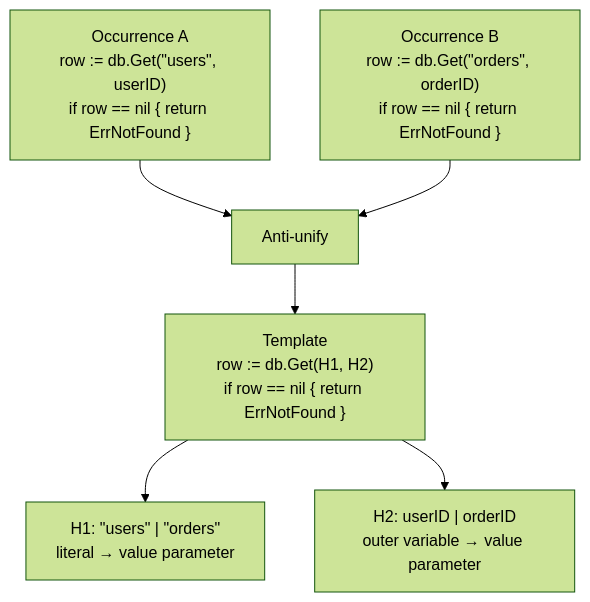
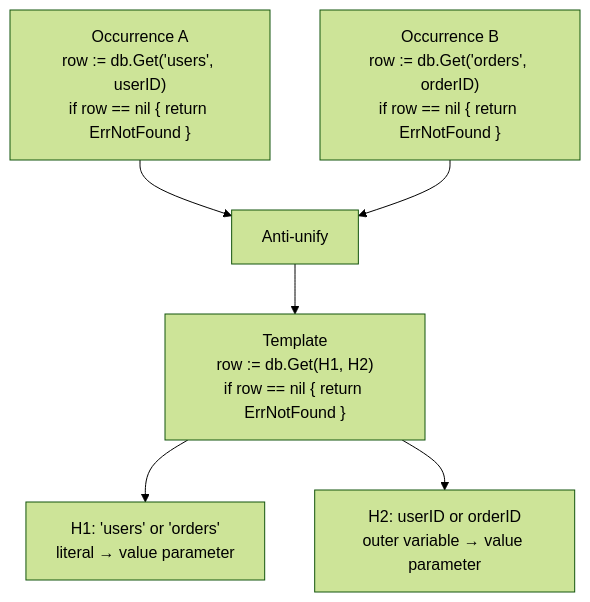
Before and after one commit to heikki-laitala/ddslop: the fifth of 9 diagrams in docs/architecture.md, drawn with Mermaid (forest theme).

Commit message:
docs: fix the anti-unification diagram for GitHub
GitHub decodes &quot; to a quote before Mermaid parses the diagram, so
the label string ended early (Parse error on line 2). The example values
use single quotes and the labels say "or" instead of "|".

````diff
--- a/docs/architecture.md
+++ b/docs/architecture.md
@@ -481,10 +481,10 @@
 ```mermaid
 flowchart TB
-    a["Occurrence A<br/>row := db.Get(&quot;users&quot;, userID)<br/>if row == nil { return ErrNotFound }"]
-    b["Occurrence B<br/>row := db.Get(&quot;orders&quot;, orderID)<br/>if row == nil { return ErrNotFound }"]
+    a["Occurrence A<br/>row := db.Get('users', userID)<br/>if row == nil { return ErrNotFound }"]
+    b["Occurrence B<br/>row := db.Get('orders', orderID)<br/>if row == nil { return ErrNotFound }"]
     a --> au[Anti-unify]
     b --> au
     au --> t["Template<br/>row := db.Get(H1, H2)<br/>if row == nil { return ErrNotFound }"]
-    t --> h1["H1: &quot;users&quot; | &quot;orders&quot;<br/>literal → value parameter"]
-    t --> h2["H2: userID | orderID<br/>outer variable → value parameter"]
+    t --> h1["H1: 'users' or 'orders'<br/>literal → value parameter"]
+    t --> h2["H2: userID or orderID<br/>outer variable → value parameter"]
 ```
````
